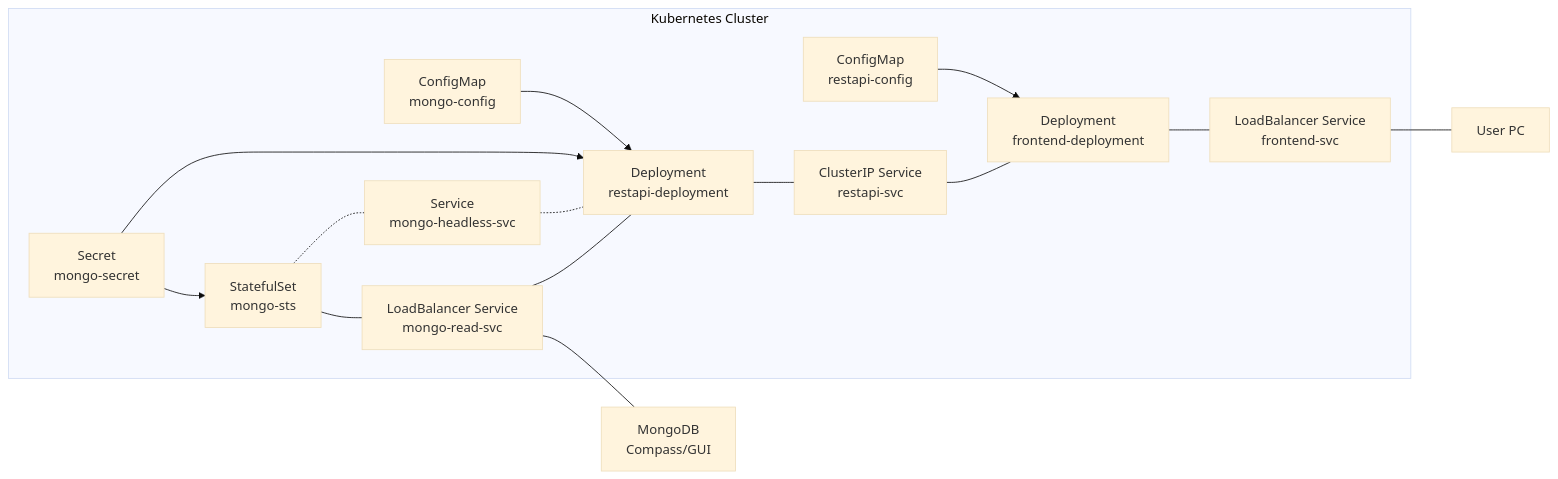
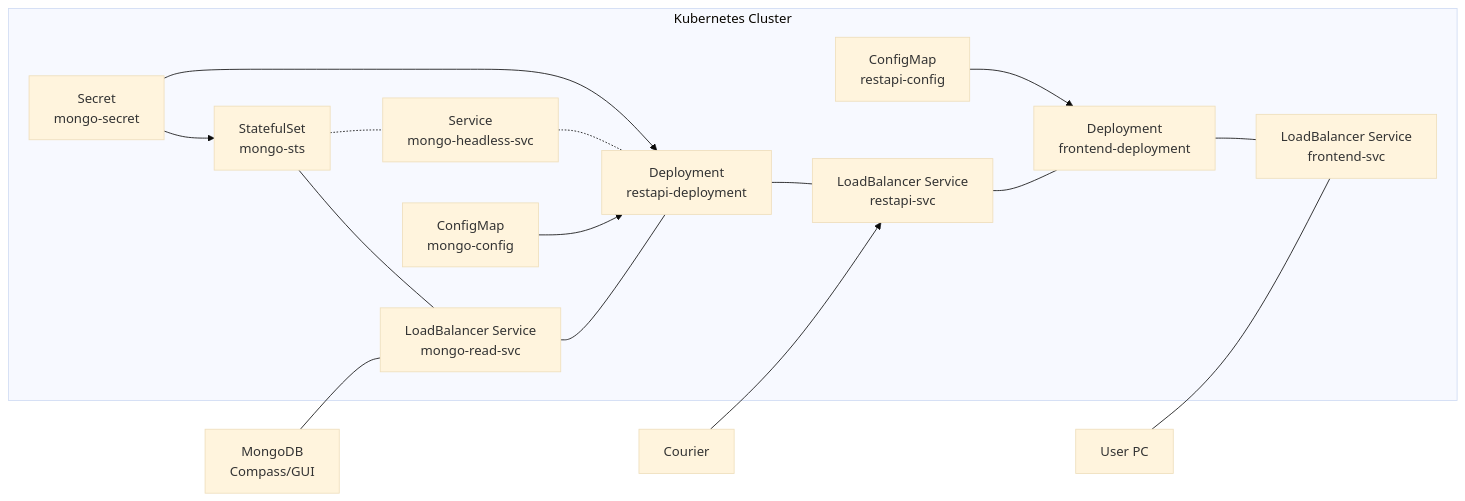
One commit to ccfrauasgr2/pet-detection changed the third of 4 diagrams in docs/Group_2_SS23_ProjectReport.md. Above: the diagram before and after it, drawn with Mermaid (base theme). The commit also changed other lines of this file and 1 other file, not shown here.

````diff
--- a/docs/Group_2_SS23_ProjectReport.md
+++ b/docs/Group_2_SS23_ProjectReport.md
@@ -119,31 +121,34 @@
 ```mermaid
 flowchart LR
     subgraph Kubernetes Cluster
   
     mongo-sts[StatefulSet\nmongo-sts]
     mongo-read-svc[LoadBalancer Service\nmongo-read-svc]
     mongo-headless-svc[Service\nmongo-headless-svc]
     mongo-secret[Secret\nmongo-secret]
     mongo-config[ConfigMap\nmongo-config]
     frontend-svc[LoadBalancer Service\nfrontend-svc]
     frontend-deployment[Deployment\nfrontend-deployment]
     restapi-config[ConfigMap\nrestapi-config]
-    restapi-svc[ClusterIP Service\nrestapi-svc]
+    restapi-svc[LoadBalancer Service\nrestapi-svc]
     restapi-deployment[Deployment\nrestapi-deployment]
 
 
     mongo-sts --- mongo-read-svc --- restapi-deployment --- restapi-svc   --- frontend-deployment --- frontend-svc
     mongo-sts -.- mongo-headless-svc -.- restapi-deployment
     mongo-secret --> mongo-sts & restapi-deployment
     mongo-config --> restapi-deployment 
     restapi-config --> frontend-deployment
 
     end
 
     compass[MongoDB\nCompass/GUI]
     user[User PC]
+    courier[Courier]
 
-    mongo-read-svc --- compass
-    frontend-svc --- user
+    compass --- mongo-read-svc
+    courier --> restapi-svc
+    user --- frontend-svc
+    
 
 ```
````
